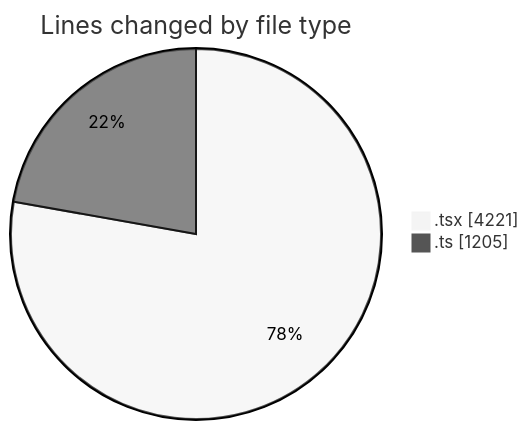
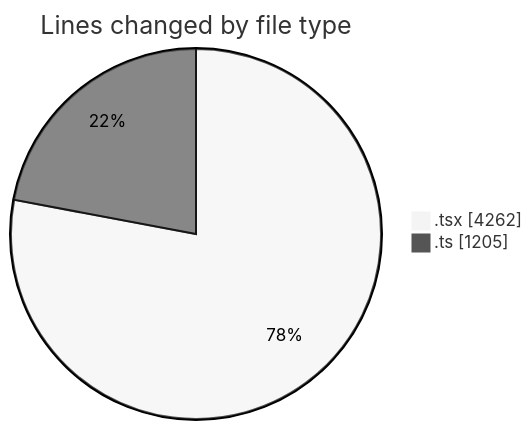
The first of 2 diagrams in 2026-02-18/nxtqube_webapp/README.md (nxtqubesakshisongat/code-tracking), drawn with Mermaid (neutral theme) before and after one commit. The commit also changed other lines of this file and 1 other file, not shown here.

````diff
--- a/2026-02-18/nxtqube_webapp/README.md
+++ b/2026-02-18/nxtqube_webapp/README.md
@@ -29,6 +29,6 @@
 ```mermaid
 pie showData
 title Lines changed by file type
-".tsx" : 4221
+".tsx" : 4262
 ".ts" : 1205
 ```
````
